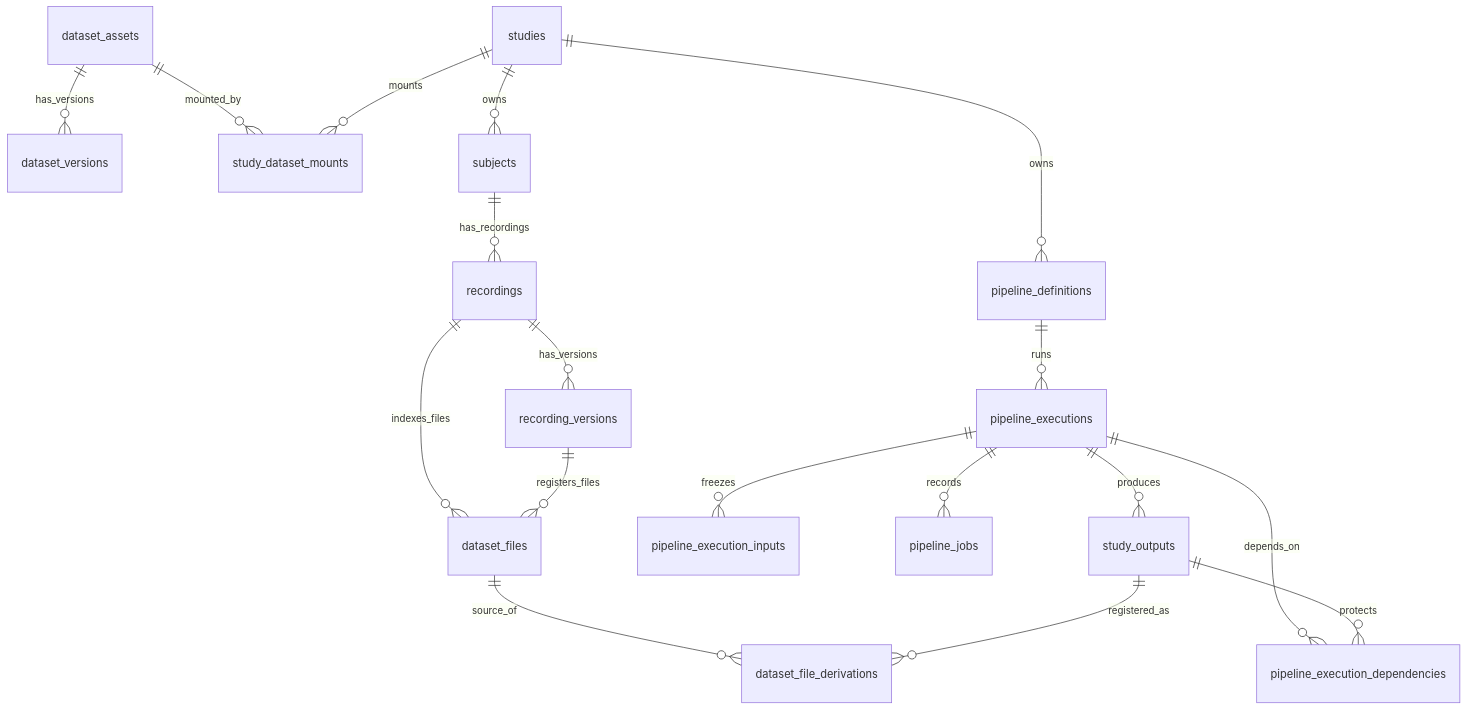
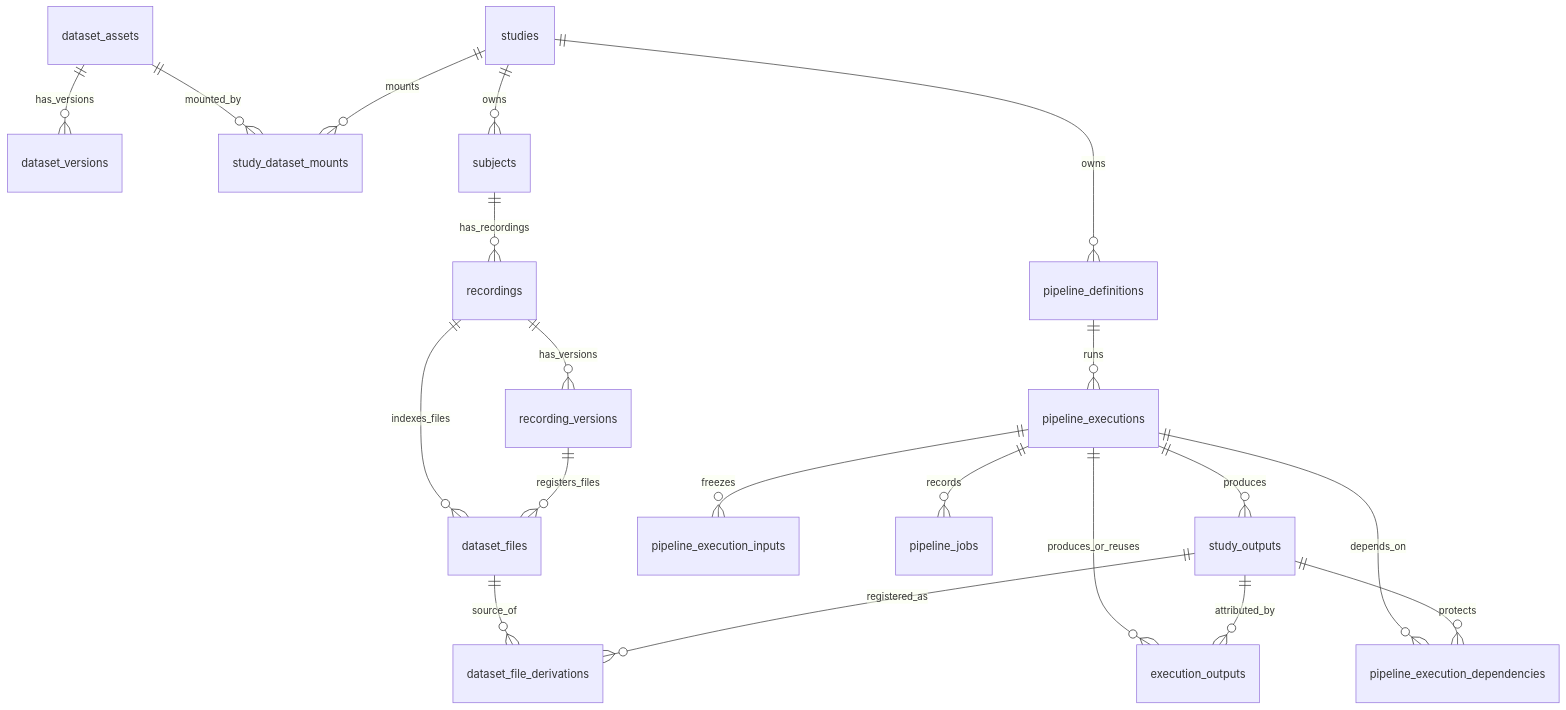
One commit to NoraJinxy/Niantong_GH_version changed the diagram in wiki/docs/3-00-数据库设计总览.md. Above: the diagram before and after it, drawn with Mermaid. The commit also changed other lines of this file and 7 other files, not shown here.

````diff
--- a/wiki/docs/3-00-数据库设计总览.md
+++ b/wiki/docs/3-00-数据库设计总览.md
@@ -55,20 +55,22 @@
 ```mermaid
 erDiagram
   dataset_assets ||--o{ dataset_versions : has_versions
   dataset_assets ||--o{ study_dataset_mounts : mounted_by
   studies ||--o{ study_dataset_mounts : mounts
   studies ||--o{ subjects : owns
   subjects ||--o{ recordings : has_recordings
   recordings ||--o{ recording_versions : has_versions
   recordings ||--o{ dataset_files : indexes_files
   recording_versions ||--o{ dataset_files : registers_files
   dataset_files ||--o{ dataset_file_derivations : source_of
   studies ||--o{ pipeline_definitions : owns
   pipeline_definitions ||--o{ pipeline_executions : runs
   pipeline_executions ||--o{ pipeline_execution_inputs : freezes
   pipeline_executions ||--o{ pipeline_jobs : records
   pipeline_executions ||--o{ study_outputs : produces
+  pipeline_executions ||--o{ execution_outputs : produces_or_reuses
+  study_outputs ||--o{ execution_outputs : attributed_by
   pipeline_executions ||--o{ pipeline_execution_dependencies : depends_on
   study_outputs ||--o{ pipeline_execution_dependencies : protects
   study_outputs ||--o{ dataset_file_derivations : registered_as
 ```
````
